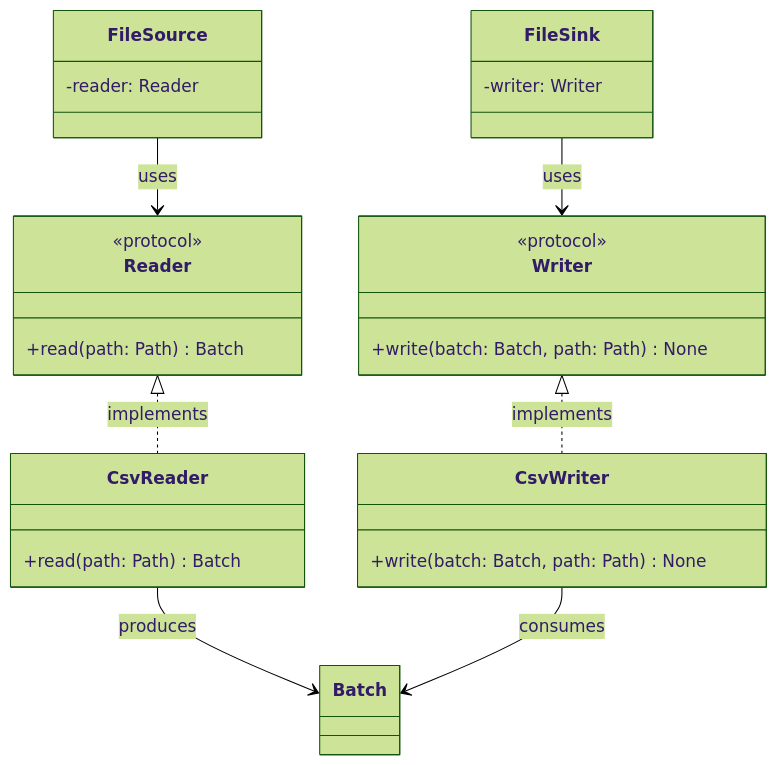
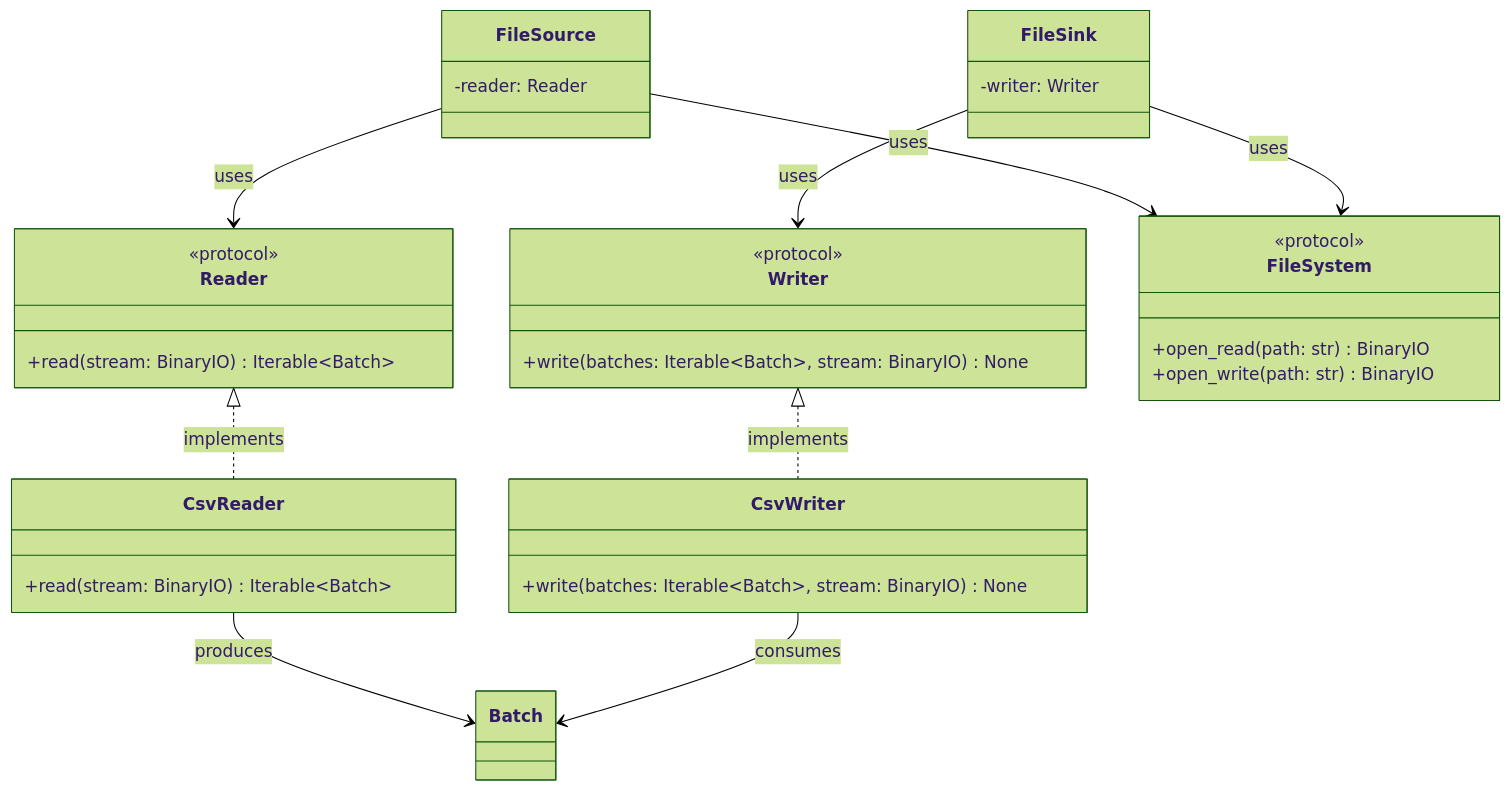
The diagram in docs/class_diagrams/reader_and_writer_class_diagram.md (apaquette/ETLRelay), drawn with Mermaid (forest theme) before and after one commit. The commit also changed other lines of this file and 57 other files, not shown here.

````diff
--- a/docs/class_diagrams/reader_and_writer_class_diagram.md
+++ b/docs/class_diagrams/reader_and_writer_class_diagram.md
@@ -17,39 +17,48 @@
 ```mermaid
 classDiagram
     class Reader {
         <<protocol>>
-        +read(path: Path) Batch
+        +read(stream: BinaryIO) Iterable~Batch~
     }
 
     class Writer {
         <<protocol>>
-        +write(batch: Batch, path: Path) None
+        +write(batches: Iterable~Batch~, stream: BinaryIO) None
     }
 
     class CsvReader {
-        +read(path: Path) Batch
+        +read(stream: BinaryIO) Iterable~Batch~
     }
 
     class CsvWriter {
-        +write(batch: Batch, path: Path) None
+        +write(batches: Iterable~Batch~, stream: BinaryIO) None
     }
 
     class Batch
 
     class FileSource {
         -reader: Reader
     }
 
     class FileSink {
         -writer: Writer
     }
 
+    class FileSystem {
+        <<protocol>>
+        +open_read(path: str) BinaryIO
+        +open_write(path: str) BinaryIO
+    }
+
     Reader <|.. CsvReader : implements
     Writer <|.. CsvWriter : implements
 
     FileSource --> Reader : uses
     FileSink --> Writer : uses
 
+    FileSource --> FileSystem : uses
+    FileSink --> FileSystem : uses
+
     CsvReader --> Batch : produces
     CsvWriter --> Batch : consumes
 ```
````
